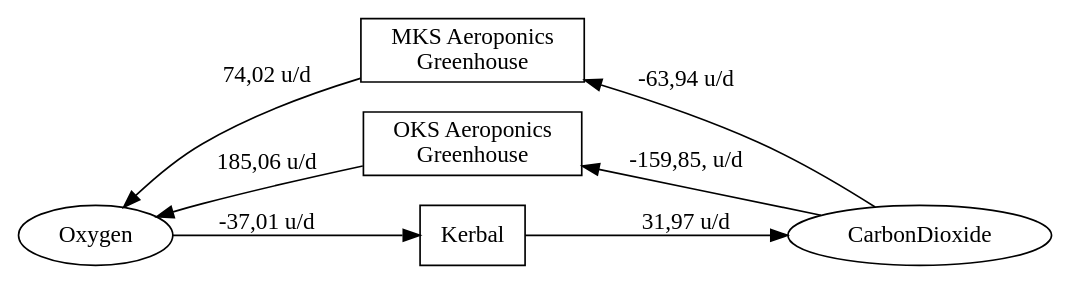
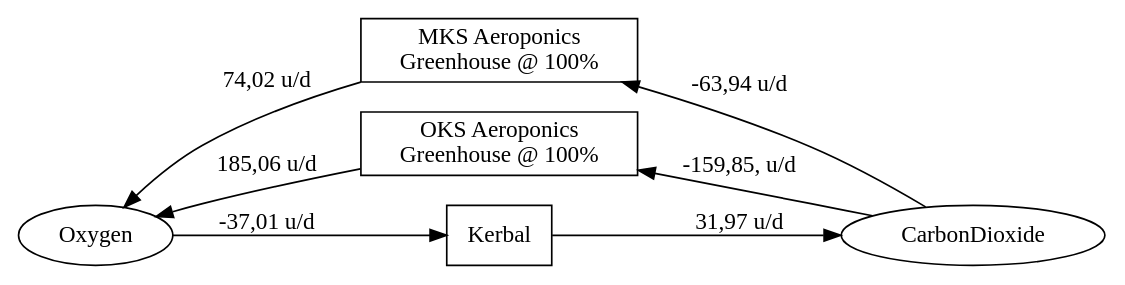
The diagram in LifeSupport/Oxygen.dot (mhoram-kerbin/USI-Kolonization-Systems-Resources), drawn with Graphviz before and after one commit. The commit also changed 1 other file, not shown here.

Commit message:
updated graphs

```diff
--- a/LifeSupport/Oxygen.dot
+++ b/LifeSupport/Oxygen.dot
@@ -1,35 +1,35 @@
 /* -*- coding: utf-8; -*-
 Overview over USI Kolonization System Resources
 Copyright 2014 By Mhoram
 
 This Work may be distributed under the Creative Commons
 Attribution-NonCommercial-ShareAlike 4.0 International License.
 
 */
 
 # dot -Tpng -o Oxygen.png Oxygen.dot
 
 digraph Oxygen {
     rankdir="LR";
 
     Kerbal [label="Kerbal", shape=box];
-    MksGreenhouse [label="MKS Aeroponics\nGreenhouse", shape=box];
-    OksGreenhouse [label="OKS Aeroponics\nGreenhouse", shape=box];
+    MksGreenhouse [label="MKS Aeroponics\nGreenhouse @ 100%", shape=box];
+    OksGreenhouse [label="OKS Aeroponics\nGreenhouse @ 100%", shape=box];
 
     {
         rank=same;
         Kerbal;
         MksGreenhouse;
         OksGreenhouse;
     }
 
     CarbonDioxide -> OksGreenhouse [label="-159,85, u/d",constraint=none];
     OksGreenhouse -> Oxygen [label="185,06 u/d",constraint=none];
 
     CarbonDioxide -> MksGreenhouse [label="-63,94 u/d",constraint=none];
     MksGreenhouse -> Oxygen [label="74,02 u/d",constraint=none];
 
     Oxygen -> Kerbal [label="-37,01 u/d"];
     Kerbal -> CarbonDioxide [label="31,97 u/d"];
 
 }
```
